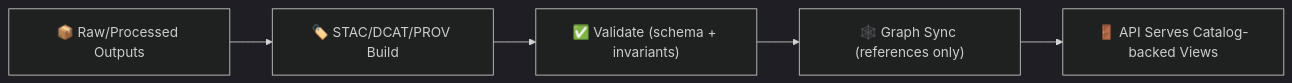
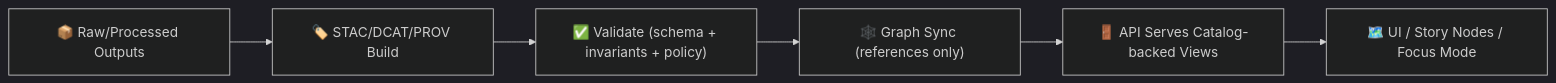
Before and after one commit to bartytime4life/Kansas-Frontier-Matrix: the second of 2 diagrams in api/scripts/README.md, drawn with Mermaid (dark theme). The commit also changed other lines of this file, not shown here.

````diff
--- a/api/scripts/README.md
+++ b/api/scripts/README.md
@@ -281,7 +428,8 @@
 ```mermaid
 flowchart LR
   R["📦 Raw/Processed Outputs"] --> S["🏷️ STAC/DCAT/PROV Build"]
-  S --> V["✅ Validate (schema + invariants)"]
+  S --> V["✅ Validate (schema + invariants + policy)"]
   V --> G["🕸️ Graph Sync (references only)"]
   G --> A["🚪 API Serves Catalog-backed Views"]
+  A --> U["🗺️ UI / Story Nodes / Focus Mode"]
 ```
````
